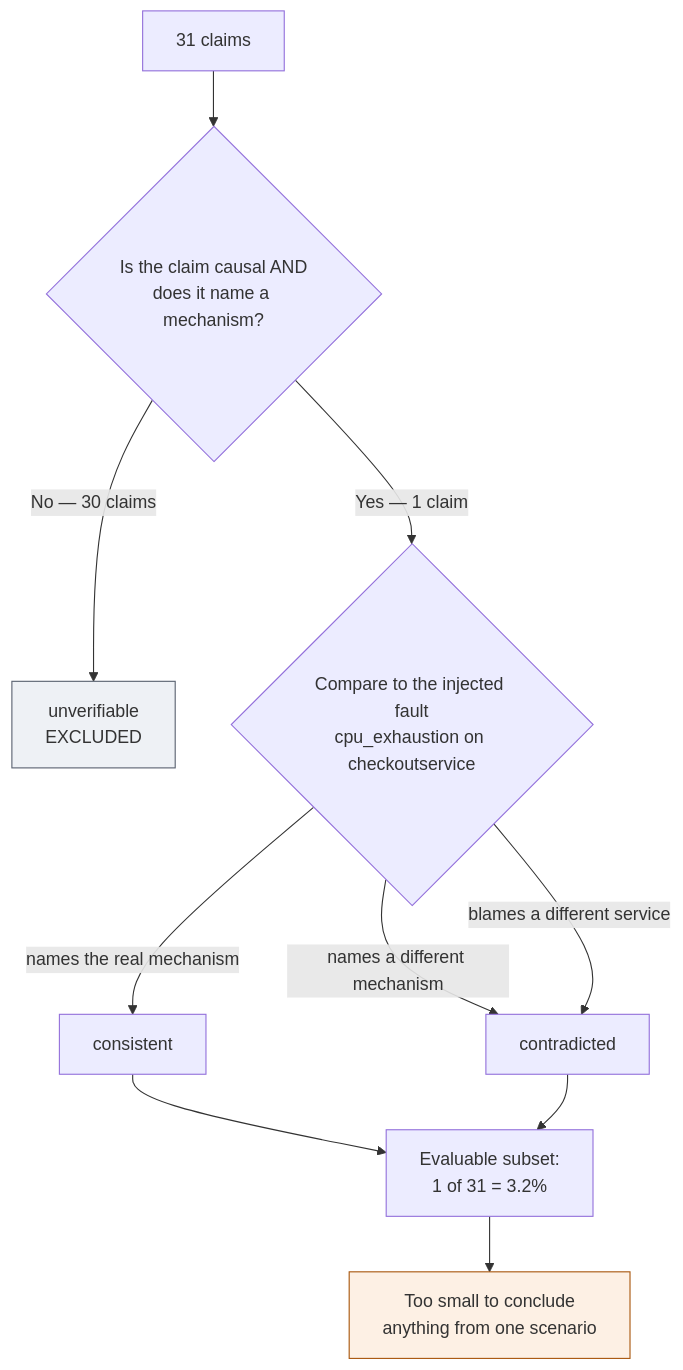
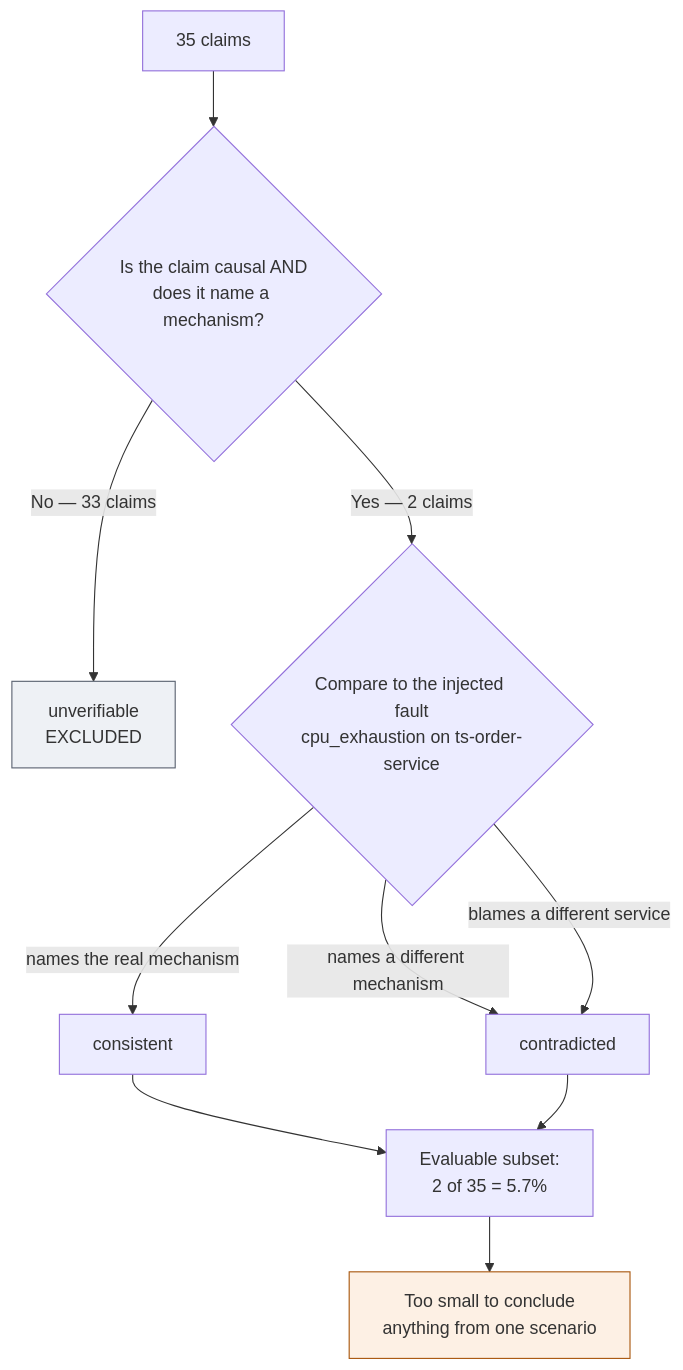
Before and after one commit to shivamshashank/CloudGraph: the fifth of 6 diagrams in docs/VERIFICATION_FLOW.md, drawn with Mermaid. The commit also changed other lines of this file and 77 other files, not shown here.

````diff
--- a/docs/VERIFICATION_FLOW.md
+++ b/docs/VERIFICATION_FLOW.md
@@ -207,17 +216,17 @@
 ```mermaid
 flowchart TD
-    A["31 claims"] --> B{"Is the claim causal AND<br/>does it name a mechanism?"}
-    B -->|"No — 30 claims"| C["unverifiable<br/>EXCLUDED"]
-    B -->|"Yes — 1 claim"| D{"Compare to the injected fault<br/>cpu_exhaustion on checkoutservice"}
+    A["35 claims"] --> B{"Is the claim causal AND<br/>does it name a mechanism?"}
+    B -->|"No — 33 claims"| C["unverifiable<br/>EXCLUDED"]
+    B -->|"Yes — 2 claims"| D{"Compare to the injected fault<br/>cpu_exhaustion on ts-order-service"}
 
     D -->|"names the real mechanism"| E["consistent"]
     D -->|"names a different mechanism"| F["contradicted"]
     D -->|"blames a different service"| F
 
-    E --> G["Evaluable subset:<br/>1 of 31 = 3.2%"]
+    E --> G["Evaluable subset:<br/>2 of 35 = 5.7%"]
     F --> G
     G --> H["Too small to conclude<br/>anything from one scenario"]
 
     style C fill:#eef1f5,stroke:#5a6270
     style H fill:#fdf0e4,stroke:#a8560c
 ```
````
